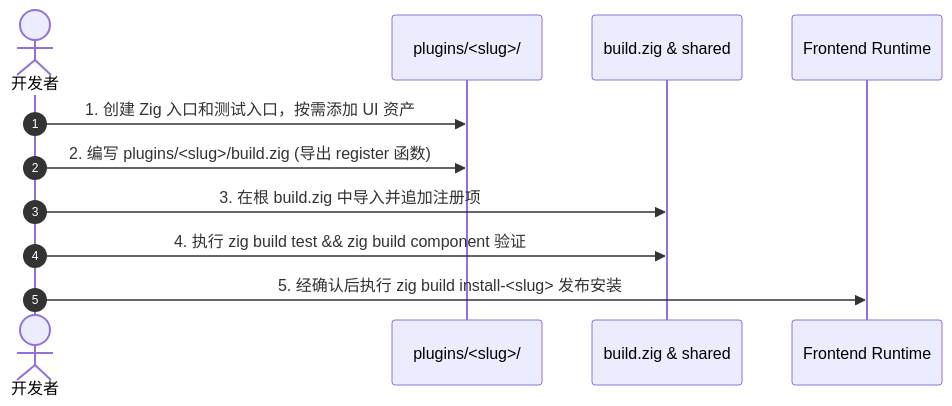
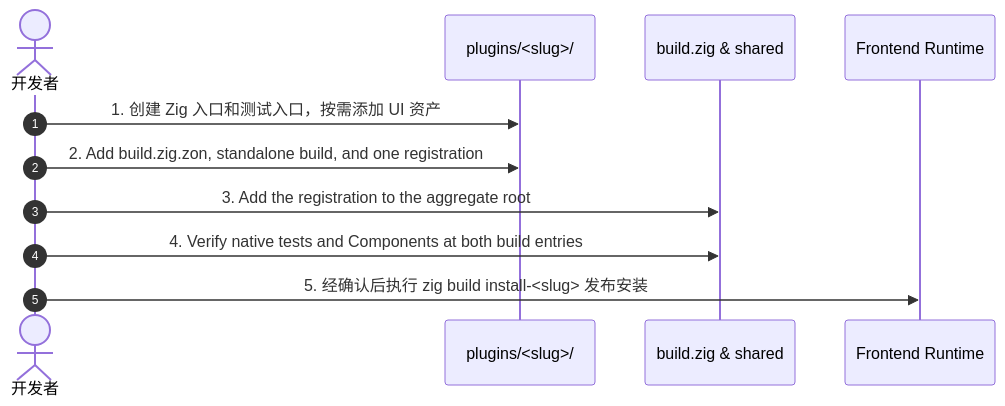
One commit to Ky1eYang/microcrab-frontend-plugins changed the second of 2 diagrams in SPECIFICATION.md. Above: the diagram before and after it, drawn with Mermaid. The commit also changed other lines of this file and 46 other files, not shown here.

````diff
--- a/SPECIFICATION.md
+++ b/SPECIFICATION.md
@@ -310,14 +310,14 @@
 ```mermaid
 sequenceDiagram
     autonumber
     actor Dev as 开发者
     participant Repo as plugins/<slug>/
     participant Build as build.zig & shared
     participant Host as Frontend Runtime
 
     Dev->>Repo: 1. 创建 Zig 入口和测试入口，按需添加 UI 资产
-    Dev->>Repo: 2. 编写 plugins/<slug>/build.zig (导出 register 函数)
-    Dev->>Build: 3. 在根 build.zig 中导入并追加注册项
-    Dev->>Build: 4. 执行 zig build test && zig build component 验证
+    Dev->>Repo: 2. Add build.zig.zon, standalone build, and one registration
+    Dev->>Build: 3. Add the registration to the aggregate root
+    Dev->>Build: 4. Verify native tests and Components at both build entries
     Dev->>Host: 5. 经确认后执行 zig build install-<slug> 发布安装
 ```
````
